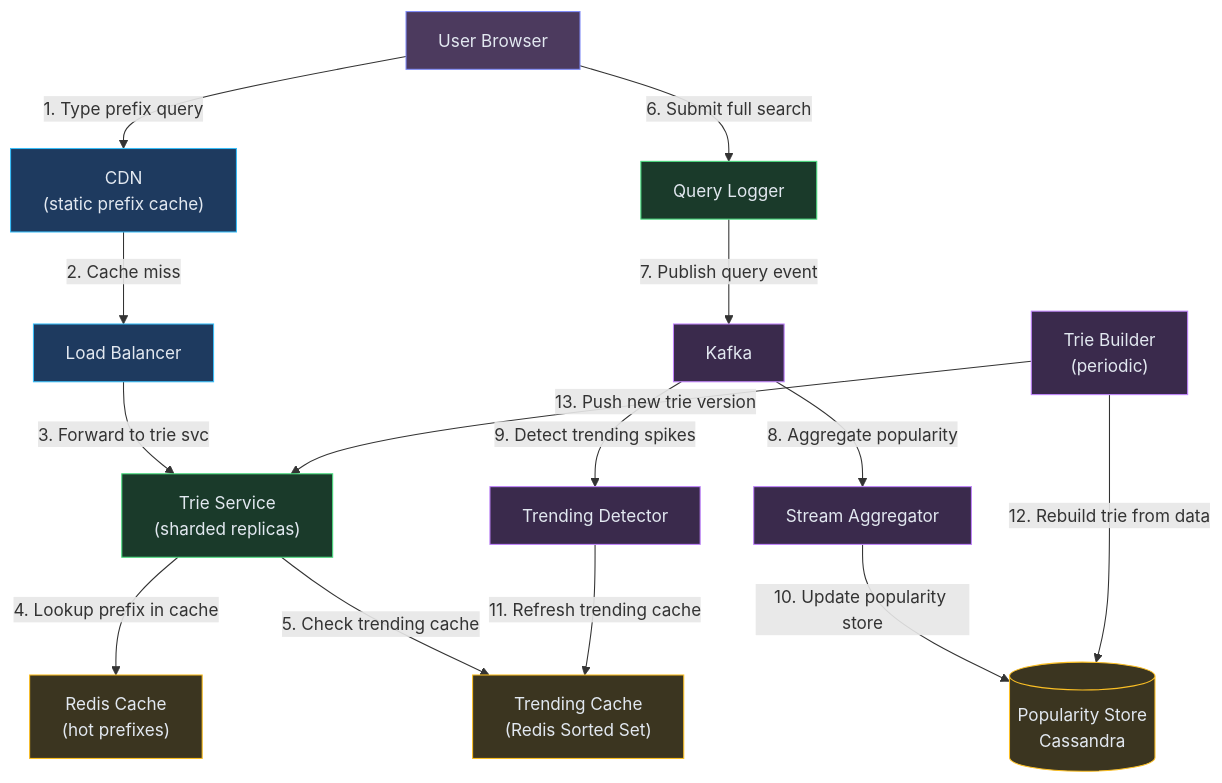
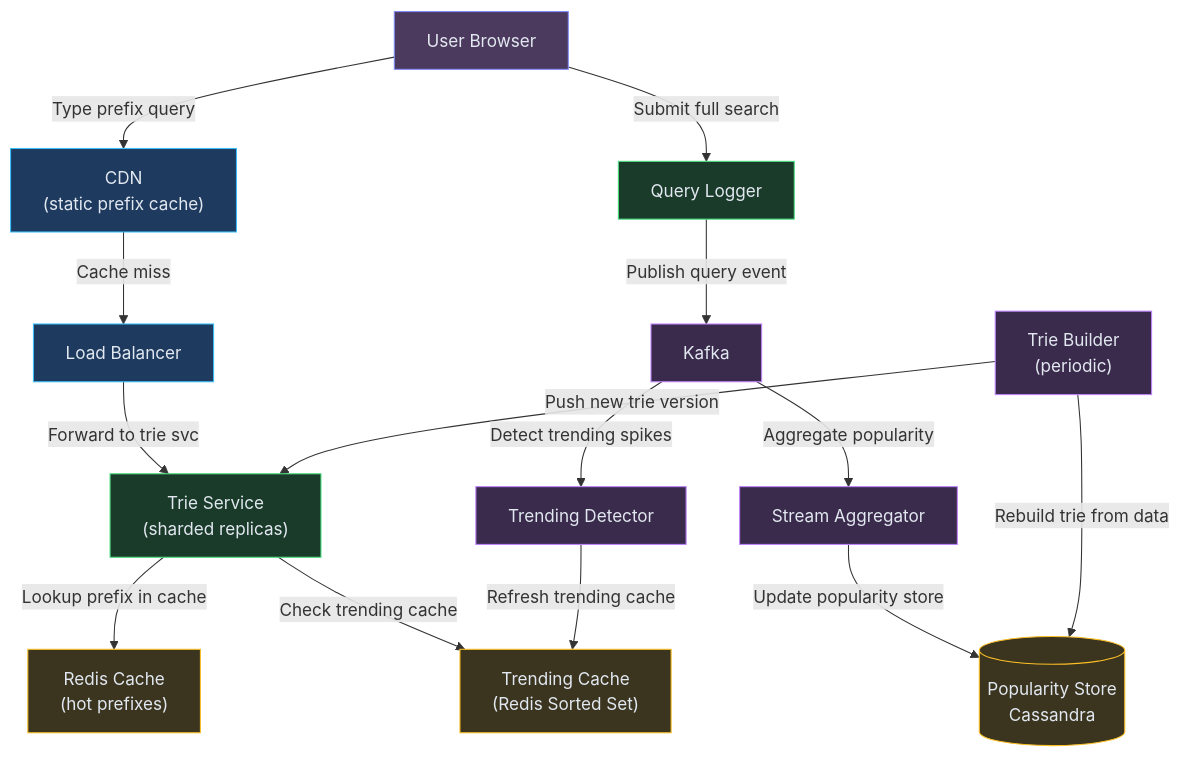
The eighth of 8 diagrams in content/hld/SearchAutocomplete.md (iluzn/HLD-Designs), drawn with Mermaid before and after one commit. The commit also changed 26 other files, not shown here.

First line of the commit message:
fix(hld): Remove confusing number prefixes from final architecture diagrams

````diff
--- a/content/hld/SearchAutocomplete.md
+++ b/content/hld/SearchAutocomplete.md
@@ -451,35 +451,35 @@
 ```mermaid
 flowchart TD
     USER["User Browser"]:::client
     CDN["CDN<br/>(static prefix cache)"]:::edge
     LB["Load Balancer"]:::edge
     TRIE["Trie Service<br/>(sharded replicas)"]:::service
     CACHE["Redis Cache<br/>(hot prefixes)"]:::data
     HOTCACHE["Trending Cache<br/>(Redis Sorted Set)"]:::data
     QLOG["Query Logger"]:::service
     STREAM["Kafka"]:::async
     AGG["Stream Aggregator"]:::async
     TREND["Trending Detector"]:::async
     POPDB[("Popularity Store<br/>Cassandra")]:::data
     BUILDER["Trie Builder<br/>(periodic)"]:::async
 
-    USER -->|"1. Type prefix query"| CDN
-    CDN -->|"2. Cache miss"| LB
-    LB -->|"3. Forward to trie svc"| TRIE
-    TRIE -->|"4. Lookup prefix in cache"| CACHE
-    TRIE -->|"5. Check trending cache"| HOTCACHE
-    USER -->|"6. Submit full search"| QLOG
-    QLOG -->|"7. Publish query event"| STREAM
-    STREAM -->|"8. Aggregate popularity"| AGG
-    STREAM -->|"9. Detect trending spikes"| TREND
-    AGG -->|"10. Update popularity store"| POPDB
-    TREND -->|"11. Refresh trending cache"| HOTCACHE
-    BUILDER -->|"12. Rebuild trie from data"| POPDB
-    BUILDER -->|"13. Push new trie version"| TRIE
+    USER -->|"Type prefix query"| CDN
+    CDN -->|"Cache miss"| LB
+    LB -->|"Forward to trie svc"| TRIE
+    TRIE -->|"Lookup prefix in cache"| CACHE
+    TRIE -->|"Check trending cache"| HOTCACHE
+    USER -->|"Submit full search"| QLOG
+    QLOG -->|"Publish query event"| STREAM
+    STREAM -->|"Aggregate popularity"| AGG
+    STREAM -->|"Detect trending spikes"| TREND
+    AGG -->|"Update popularity store"| POPDB
+    TREND -->|"Refresh trending cache"| HOTCACHE
+    BUILDER -->|"Rebuild trie from data"| POPDB
+    BUILDER -->|"Push new trie version"| TRIE
 
     classDef client fill:#4c3a5e,stroke:#818cf8,color:#e2e8f0
     classDef edge fill:#1e3a5f,stroke:#38bdf8,color:#e2e8f0
     classDef service fill:#1a3a2a,stroke:#4ade80,color:#e2e8f0
     classDef data fill:#3b3520,stroke:#fbbf24,color:#e2e8f0
     classDef async fill:#3a2a4c,stroke:#c084fc,color:#e2e8f0
 ```
````
